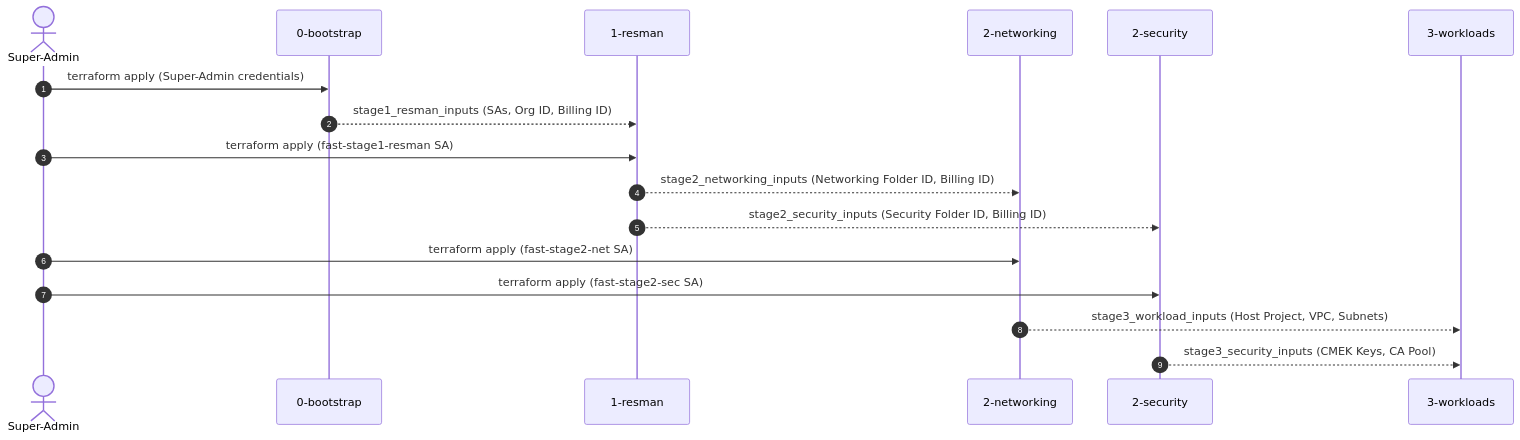
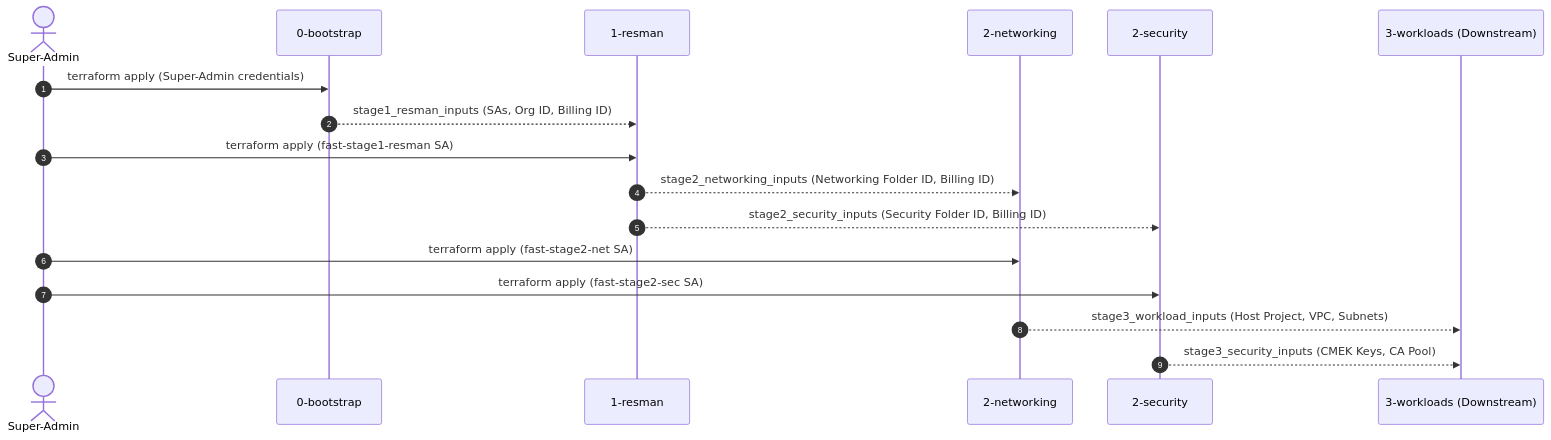
One commit to teemu61/fast-test changed the second of 2 diagrams in README.md. Above: the diagram before and after it, drawn with Mermaid. The commit also changed other lines of this file, not shown here.

````diff
--- a/README.md
+++ b/README.md
@@ -41,20 +134,20 @@
 ```mermaid
 sequenceDiagram
     autonumber
     actor Admin as Super-Admin
     participant S0 as 0-bootstrap
     participant S1 as 1-resman
     participant S2N as 2-networking
     participant S2S as 2-security
-    participant S3 as 3-workloads
+    participant S3 as 3-workloads (Downstream)
 
     Admin->>S0: terraform apply (Super-Admin credentials)
     S0-->>S1: stage1_resman_inputs (SAs, Org ID, Billing ID)
     Admin->>S1: terraform apply (fast-stage1-resman SA)
     S1-->>S2N: stage2_networking_inputs (Networking Folder ID, Billing ID)
     S1-->>S2S: stage2_security_inputs (Security Folder ID, Billing ID)
     Admin->>S2N: terraform apply (fast-stage2-net SA)
     Admin->>S2S: terraform apply (fast-stage2-sec SA)
     S2N-->>S3: stage3_workload_inputs (Host Project, VPC, Subnets)
     S2S-->>S3: stage3_security_inputs (CMEK Keys, CA Pool)
 ```
````
